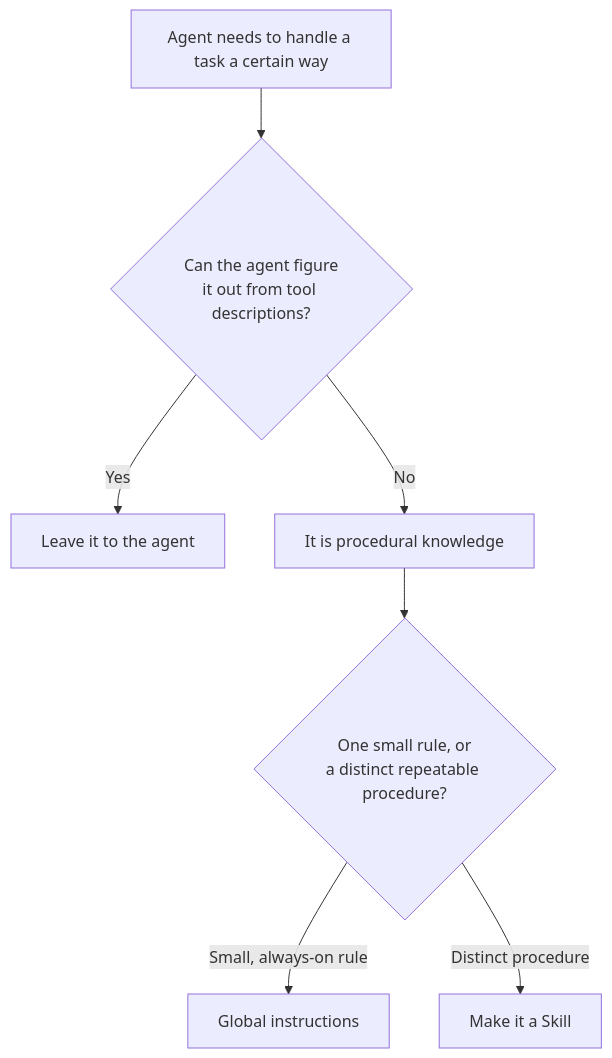
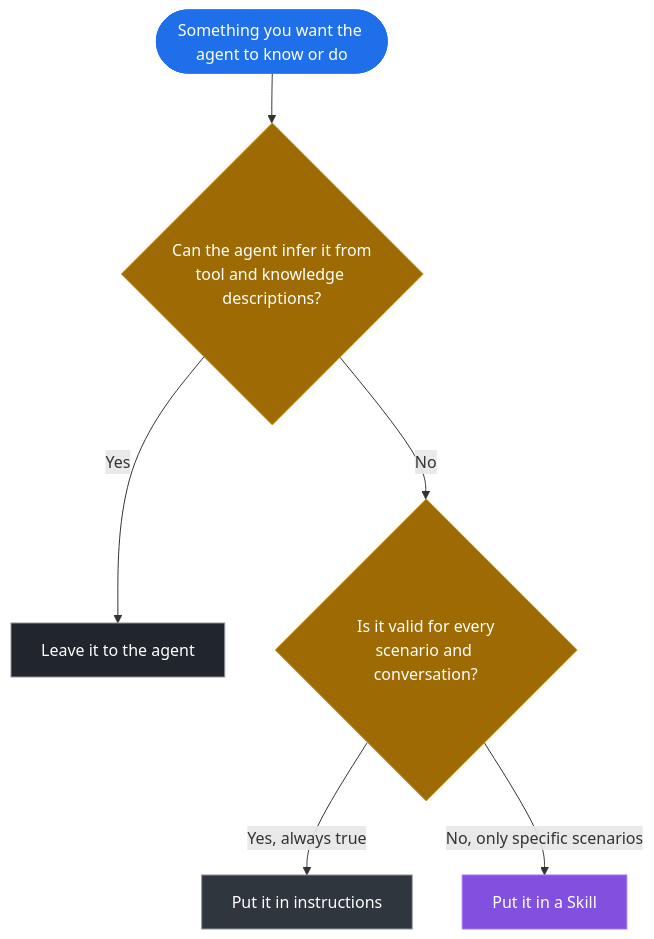
One commit to microsoft/mcscatblog changed the third of 3 diagrams in _posts/2026-06-15-modern-mcs-agent-skills.md. Above: the diagram before and after it, drawn with Mermaid. The commit also changed other lines of this file and 1 other file, not shown here.

First line of the commit message:
Reframe Skills post around instructions-on-demand; address review feedback

````diff
--- a/_posts/2026-06-15-modern-mcs-agent-skills.md
+++ b/_posts/2026-06-15-modern-mcs-agent-skills.md
@@ -146,9 +157,14 @@
 ```mermaid
 flowchart TB
-    Need[Agent needs to handle a task a certain way] --> Q1{Can the agent figure<br/>it out from tool descriptions?}
-    Q1 -- Yes --> Common[Leave it to the agent]
-    Q1 -- No --> Proc[It is procedural knowledge]
-    Proc --> Q2{One small rule, or<br/>a distinct repeatable procedure?}
-    Q2 -- Small, always-on rule --> Instr[Global instructions]
-    Q2 -- Distinct procedure --> Skill[Make it a Skill]
+    Need([Something you want the agent to know or do]):::prompt --> Q1{Can the agent infer it from<br/>tool and knowledge descriptions?}:::decision
+    Q1 -- Yes --> Common[Leave it to the agent]:::neutral
+    Q1 -- No --> Q2{Is it valid for every<br/>scenario and conversation?}:::decision
+    Q2 -- Yes, always true --> Instr[Put it in instructions]:::instr
+    Q2 -- No, only specific scenarios --> Skill[Put it in a Skill]:::act
+
+    classDef prompt fill:#1f6feb,stroke:#1f6feb,color:#fff;
+    classDef decision fill:#9e6a03,stroke:#d29922,color:#fff;
+    classDef neutral fill:#21262d,stroke:#8b949e,color:#fff;
+    classDef instr fill:#30363d,stroke:#8b949e,color:#fff;
+    classDef act fill:#8250df,stroke:#a371f7,color:#fff;
 ```
````
